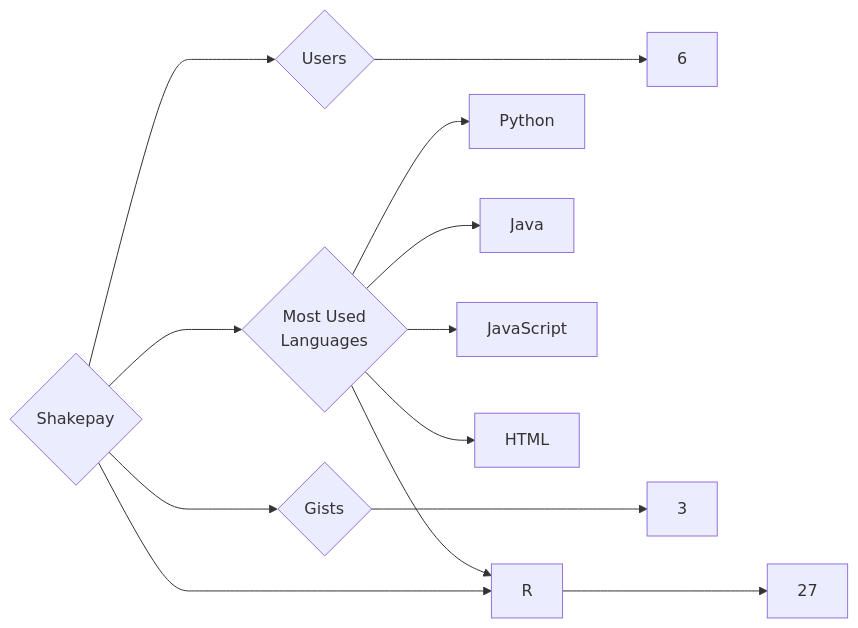
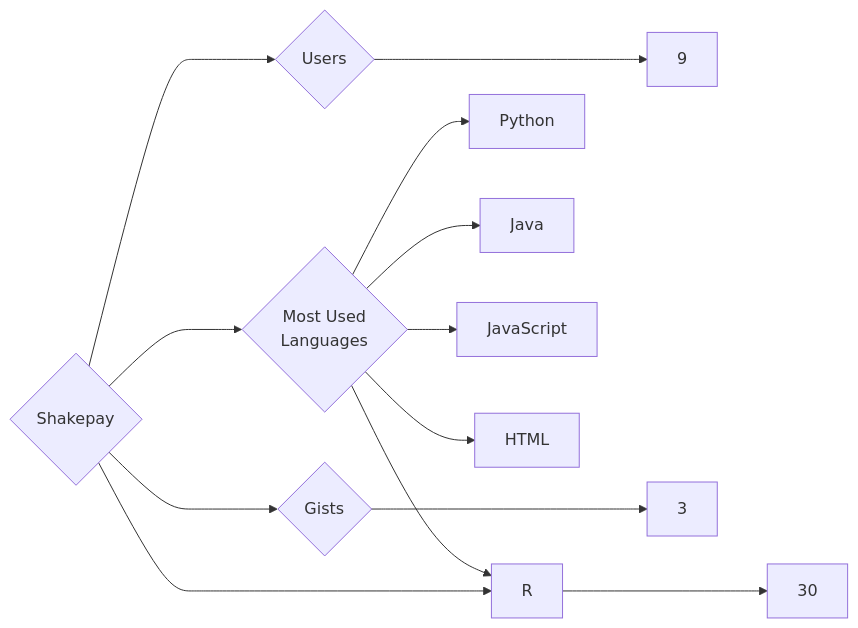
The diagram in targets/Shakepay/README.md (trickest/insiders), drawn with Mermaid before and after one commit. The commit also changed 912 other files, not shown here.

````diff
--- a/targets/Shakepay/README.md
+++ b/targets/Shakepay/README.md
@@ -3,13 +3,13 @@
 ```mermaid
 graph LR
 COMPANY_NAME{Shakepay}
-COMPANY_NAME ---> U{Users} ---> UN[6]
-COMPANY_NAME ---> R{Repositories} ---> RN[27]
+COMPANY_NAME ---> U{Users} ---> UN[9]
+COMPANY_NAME ---> R{Repositories} ---> RN[30]
 COMPANY_NAME ---> G{Gists} ---> GN[3]
 COMPANY_NAME ---> ML{Most Used<br>Languages}
 ML --> Python[Python]
 ML --> Java[Java]
 ML --> JavaScript[JavaScript]
 ML --> HTML[HTML]
 ML --> R[R]
 ```
````
